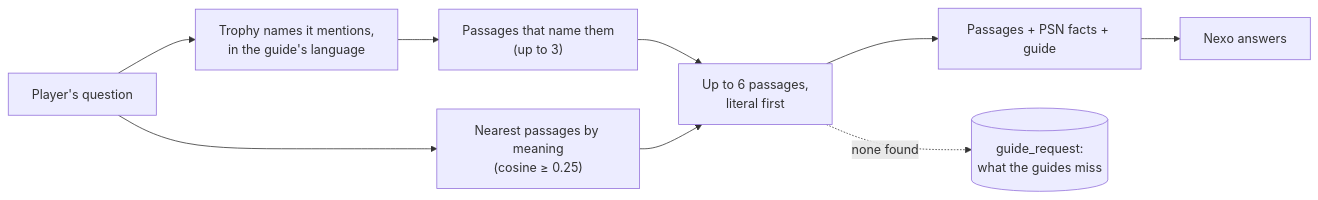
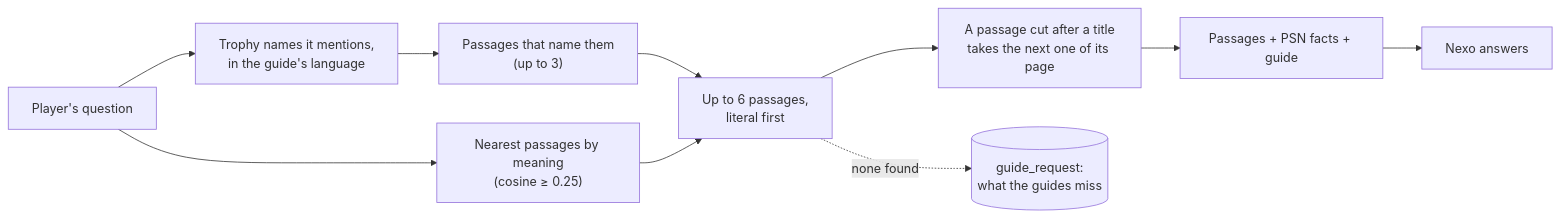
The third of 4 diagrams in docs/design/07-rag.md (renatoaug/platjourney), drawn with Mermaid before and after one commit. The commit also changed other lines of this file and 3 other files, not shown here.

Commit message:
fix(ai): append the next passage to one cut after a title (#72)

````diff
--- a/docs/design/07-rag.md
+++ b/docs/design/07-rag.md
@@ -58,11 +58,12 @@
 ```mermaid
 flowchart LR
     q[Player's question] --> names["Trophy names it mentions,<br/>in the guide's language"]
     names --> literal["Passages that name them<br/>(up to 3)"]
     q --> semantic["Nearest passages by meaning<br/>(cosine ≥ 0.25)"]
     literal --> pick["Up to 6 passages,<br/>literal first"]
     semantic --> pick
-    pick --> prompt["Passages + PSN facts + guide"]
+    pick --> cont["A passage cut after a title<br/>takes the next one of its page"]
+    cont --> prompt["Passages + PSN facts + guide"]
     prompt --> answer[Nexo answers]
     pick -. "none found" .-> gap[("guide_request:<br/>what the guides miss")]
 ```
````
